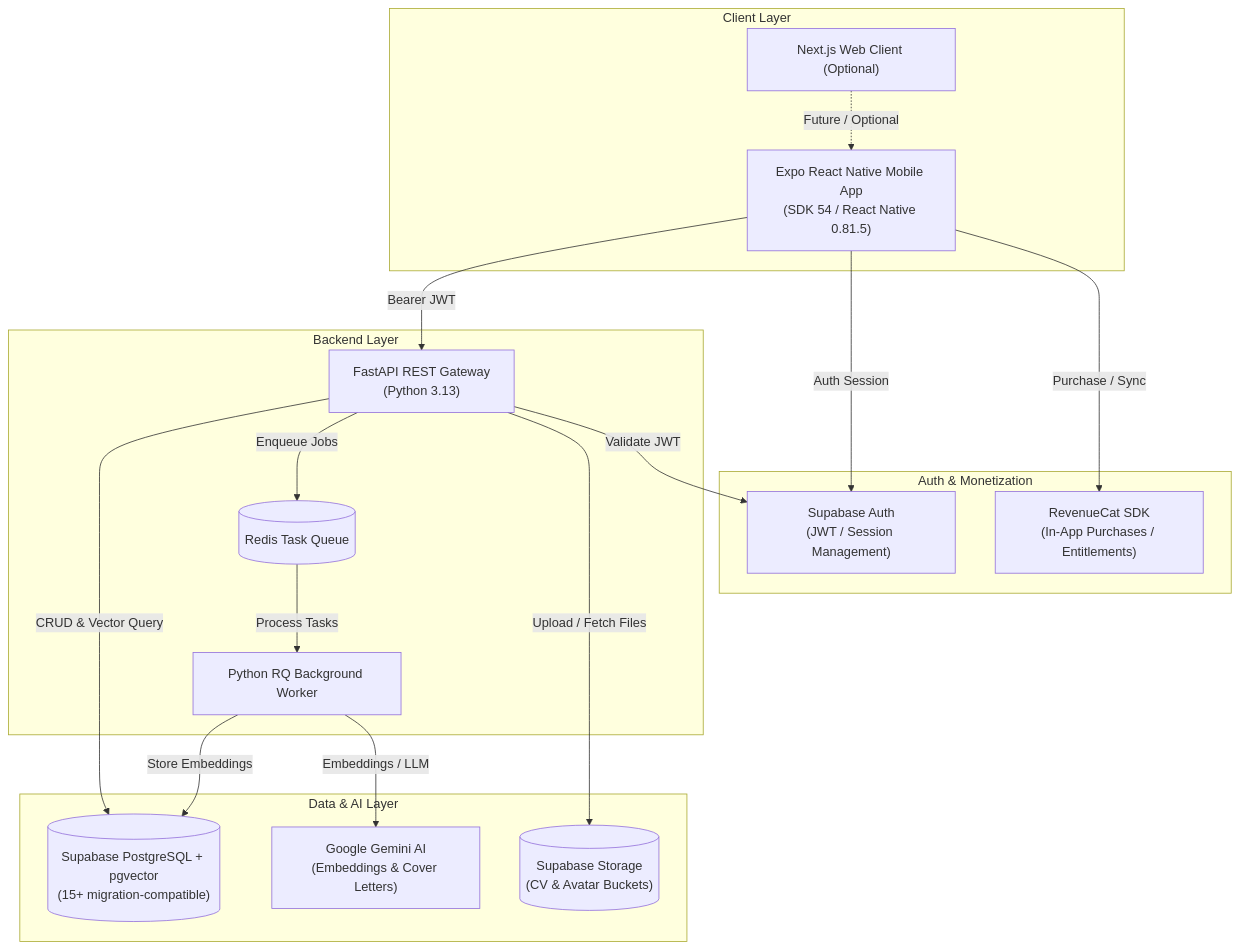
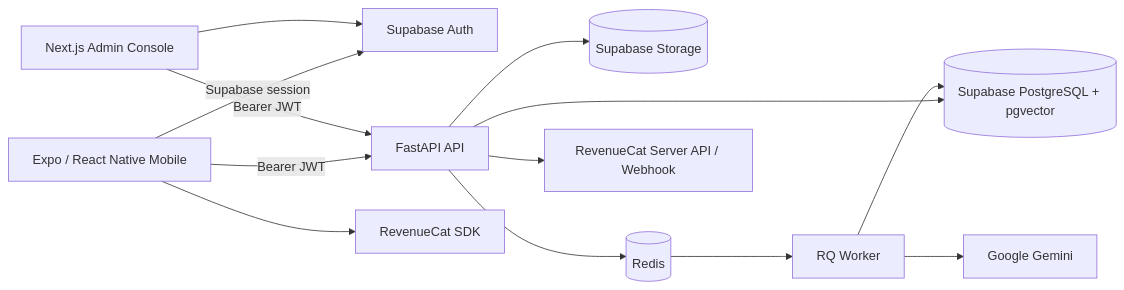
The diagram in README.md (vertex-intelligent-org/InternMatch-AI), drawn with Mermaid before and after one commit. The commit also changed other lines of this file and 12 other files, not shown here.

````diff
--- a/README.md
+++ b/README.md
@@ -103,37 +109,15 @@
 ```mermaid
-flowchart TD
-    subgraph Client["Client Layer"]
-        Mobile["Expo React Native Mobile App<br/>(SDK 54 / React Native 0.81.5)"]
-        Web["Next.js Web Client (Optional)"]
-    end
-
-    subgraph AuthMonetization["Auth & Monetization"]
-        SupaAuth["Supabase Auth<br/>(JWT / Session Management)"]
-        RC["RevenueCat SDK<br/>(In-App Purchases / Entitlements)"]
-    end
-
-    subgraph Backend["Backend Layer"]
-        API["FastAPI REST Gateway<br/>(Python 3.13)"]
-        Worker["Python RQ Background Worker"]
-        Redis[("Redis Task Queue")]
-    end
-
-    subgraph DataAI["Data & AI Layer"]
-        DB[("Supabase PostgreSQL + pgvector<br/>(15+ migration-compatible)")]
-        Gemini["Google Gemini AI<br/>(Embeddings & Cover Letters)"]
-        Storage[("Supabase Storage<br/>(CV & Avatar Buckets)")]
-    end
-
-    Mobile -->|Bearer JWT| API
-    Mobile -->|Auth Session| SupaAuth
-    Mobile -->|Purchase / Sync| RC
-    Web -.->|Future / Optional| Mobile
-
-    API -->|Validate JWT| SupaAuth
-    API -->|Enqueue Jobs| Redis
-    Redis -->|Process Tasks| Worker
-    Worker -->|Embeddings / LLM| Gemini
-    Worker -->|Store Embeddings| DB
-    API -->|CRUD & Vector Query| DB
-    API -->|Upload / Fetch Files| Storage
+flowchart LR
+    Mobile[Expo / React Native Mobile] -->|Supabase session| Auth[Supabase Auth]
+    Mobile -->|Bearer JWT| API[FastAPI API]
+    Admin[Next.js Admin Console] -->|Bearer JWT| API
+    Admin --> Auth
+    API --> DB[(Supabase PostgreSQL + pgvector)]
+    API --> Storage[(Supabase Storage)]
+    API --> Redis[(Redis)]
+    Redis --> Worker[RQ Worker]
+    Worker --> Gemini[Google Gemini]
+    Worker --> DB
+    Mobile --> RC[RevenueCat SDK]
+    API --> RCAPI[RevenueCat Server API / Webhook]
 ```
````
